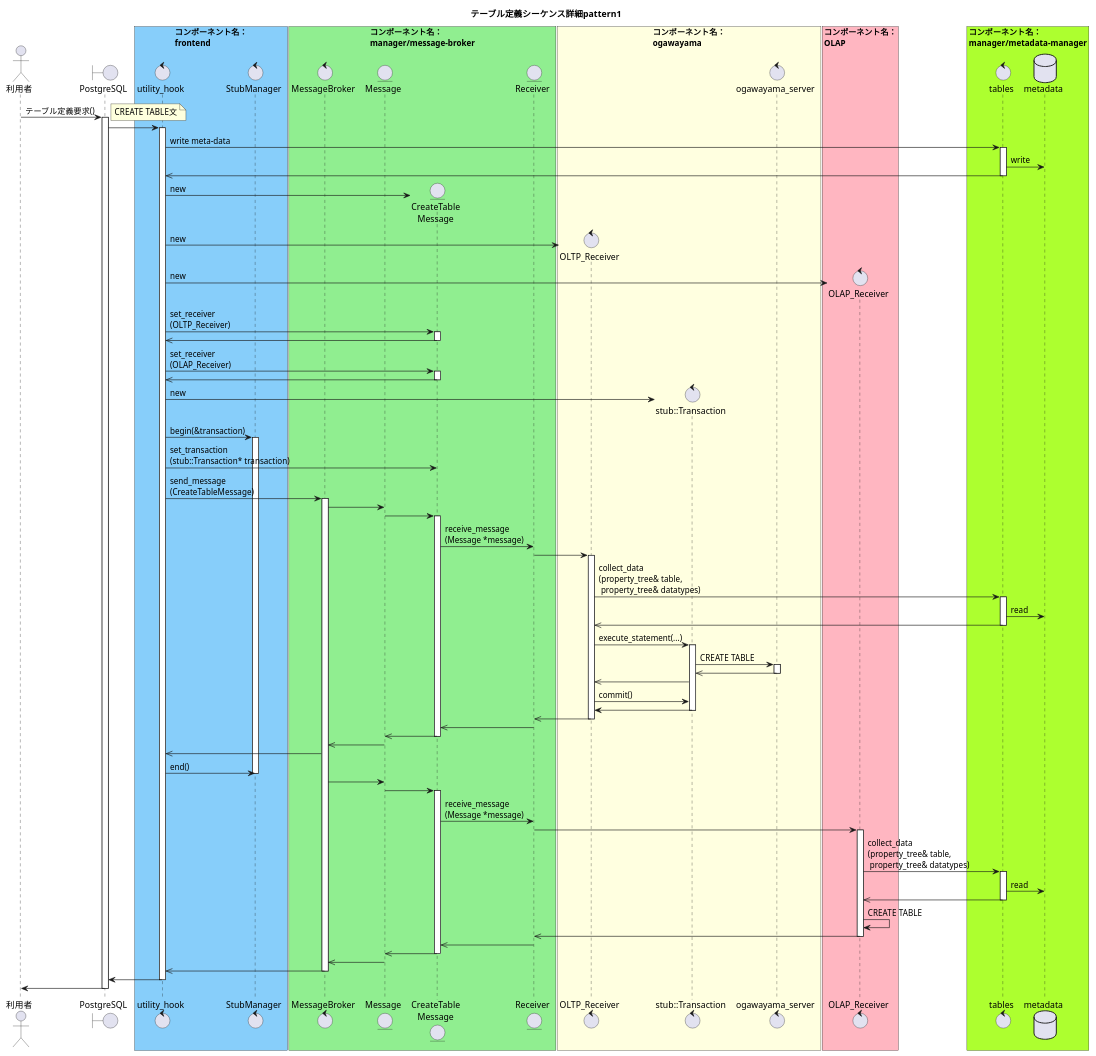
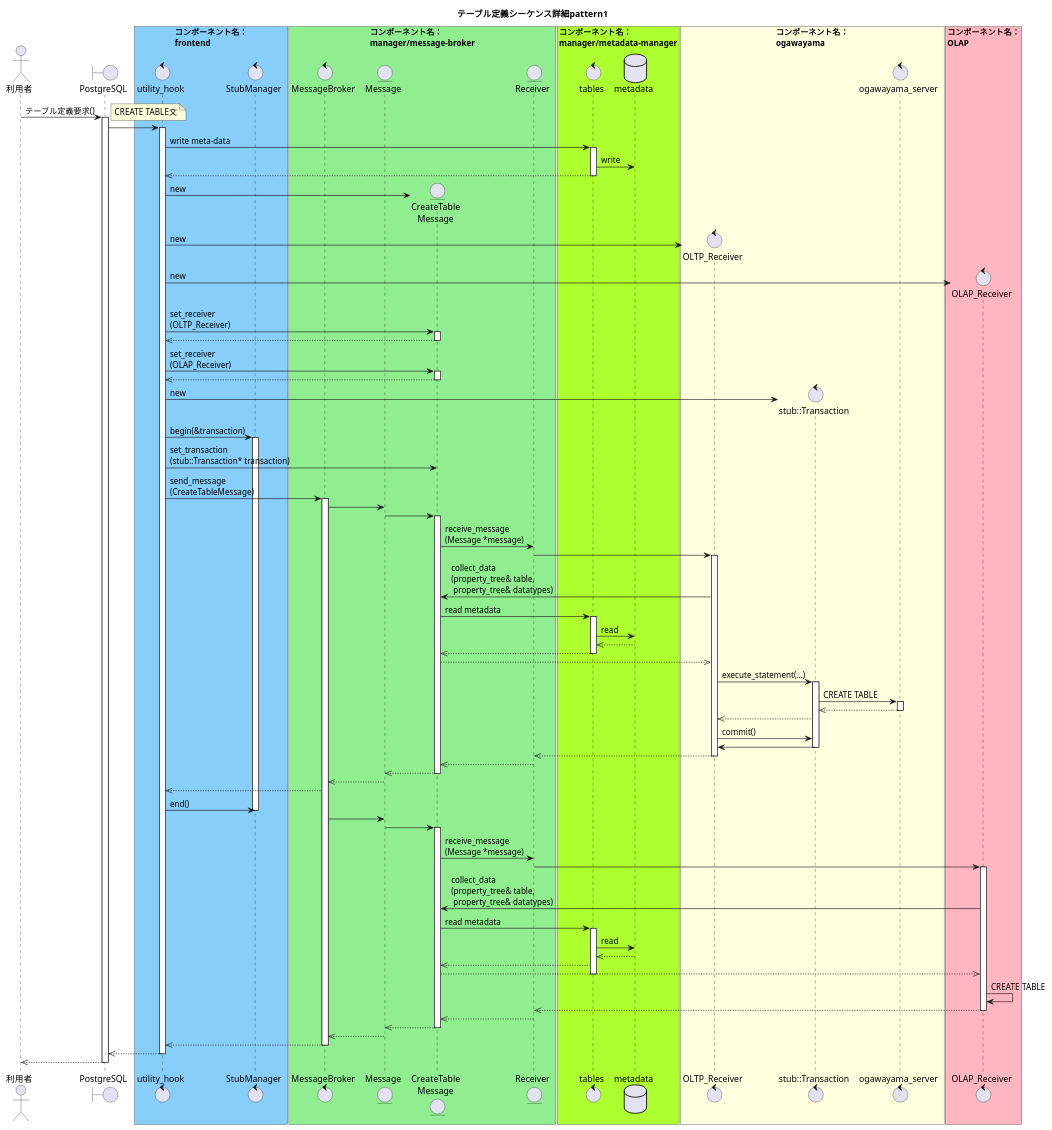
One commit to project-tsurugi/tsurugi_fdw changed the first of 2 diagrams in docs/design/img/CREATE_TABLE_detail.pu. Above: the diagram before and after it, drawn with PlantUML. The commit also changed other lines of this file and 3 other files, not shown here.

Commit message:
Fix some wrong sequence of sequence diagram

```diff
--- a/docs/design/img/CREATE_TABLE_detail.pu
+++ b/docs/design/img/CREATE_TABLE_detail.pu
@@ -5,135 +5,141 @@
 @startuml テーブル定義シーケンス詳細pattern1
 
 title テーブル定義シーケンス詳細pattern1
 
 actor 利用者
 boundary PostgreSQL
 
 box "コンポーネント名：\nfrontend" #LightSkyBlue
 control utility_hook
 control StubManager
 end box
 
 box "コンポーネント名：\nmanager/message-broker" #LightGreen
 control MessageBroker
 entity Message
 entity "CreateTable\nMessage" as concrete_message
 entity Receiver
 end box
 
+box "コンポーネント名：\nmanager/metadata-manager" #GreenYellow
+control tables
+database metadata
+end box
+
 box "コンポーネント名：\nogawayama" #LightYellow
 control "OLTP_Receiver" as oltp_receiver
 control "stub::Transaction" as tran
 control ogawayama_server
 end box
 
 box "コンポーネント名：\nOLAP" #LightPink
 control "OLAP_Receiver" as olap_receiver
-end box
-
-box "コンポーネント名：\nmanager/metadata-manager" #GreenYellow
-control tables
-database metadata
 end box
 
 利用者 -> PostgreSQL : テーブル定義要求()
 activate PostgreSQL
 note right
 CREATE TABLE文
 end note
 
 PostgreSQL -> utility_hook
 activate utility_hook
   ' write meta-data
   utility_hook -> tables : write meta-data
   activate tables
     tables -> metadata : write
-    utility_hook <<- tables
+    utility_hook <<-- tables
   deactivate tables
 
   ' create objects
   create concrete_message
   utility_hook -> concrete_message : new
   create oltp_receiver
   utility_hook -> oltp_receiver : new
   create olap_receiver
   utility_hook -> olap_receiver : new
 
   ' set receiver
   utility_hook -> concrete_message : set_receiver\n(OLTP_Receiver)
   activate concrete_message
-    utility_hook <<- concrete_message
+    utility_hook <<-- concrete_message
   deactivate concrete_message
   utility_hook -> concrete_message : set_receiver\n(OLAP_Receiver)
   activate concrete_message
-    utility_hook <<- concrete_message
+    utility_hook <<-- concrete_message
   deactivate concrete_message
 
   ' begin transaction
   create tran
   utility_hook -> tran : new
   utility_hook -> StubManager : begin(&transaction)
   activate StubManager
   utility_hook -> concrete_message : set_transaction\n(stub::Transaction* transaction)
 
   ' send message to MessageBroker
   utility_hook -> MessageBroker : send_message\n(CreateTableMessage)
   activate MessageBroker
 
   ' execute command
   MessageBroker -> Message
   Message -> concrete_message
   activate concrete_message
     concrete_message -> Receiver : receive_message\n(Message *message)
     Receiver -> oltp_receiver
     activate oltp_receiver
-      oltp_receiver -> tables : collect_data\n(property_tree& table,\n property_tree& datatypes)
+      oltp_receiver -> concrete_message : collect_data\n(property_tree& table,\n property_tree& datatypes)
+      concrete_message -> tables : read metadata
       activate tables
         tables -> metadata : read
-        oltp_receiver <<-tables
+        tables <<-- metadata
+        concrete_message <<-- tables
       deactivate tables
+      oltp_receiver <<-- concrete_message
       oltp_receiver -> tran : execute_statement(...)
       activate tran
         tran -> ogawayama_server : CREATE TABLE
           activate ogawayama_server
-            tran <<- ogawayama_server
+            tran <<-- ogawayama_server
           deactivate ogawayama_server
-        oltp_receiver <<- tran
+        oltp_receiver <<-- tran
         oltp_receiver -> tran : commit()
         tran -> oltp_receiver
       deactivate tran
-    Receiver <<- oltp_receiver
+    Receiver <<-- oltp_receiver
     deactivate oltp_receiver
-    concrete_message <<- Receiver
-  Message <<- concrete_message
+    concrete_message <<-- Receiver
+  Message <<-- concrete_message
   deactivate concrete_message
-  MessageBroker <<- Message
-  utility_hook <<- MessageBroker
+  MessageBroker <<-- Message
+  utility_hook <<-- MessageBroker
   utility_hook -> StubManager : end()
   deactivate StubManager
   MessageBroker -> Message
   Message -> concrete_message
   activate concrete_message
     concrete_message -> Receiver : receive_message\n(Message *message)
     Receiver -> olap_receiver
     activate olap_receiver
-      olap_receiver -> tables : collect_data\n(property_tree& table,\n property_tree& datatypes)
+      olap_receiver -> concrete_message : collect_data\n(property_tree& table,\n property_tree& datatypes)
+      concrete_message -> tables : read metadata
       activate tables
         tables -> metadata : read
-        olap_receiver <<-tables
+        tables <<-- metadata
+        concrete_message <<-- tables
+        olap_receiver <<-- concrete_message
       deactivate tables
       olap_receiver -> olap_receiver : CREATE TABLE
-      Receiver <<- olap_receiver
+      Receiver <<-- olap_receiver
       deactivate olap_receiver
-      concrete_message <<- Receiver
-  Message <<- concrete_message
+      concrete_message <<-- Receiver
+  Message <<-- concrete_message
   deactivate concrete_message
-  MessageBroker <<- Message
-  utility_hook <<- MessageBroker
+  MessageBroker <<-- Message
+  utility_hook <<-- MessageBroker
   deactivate MessageBroker
-utility_hook -> PostgreSQL
+PostgreSQL <<-- utility_hook
 deactivate utility_hook
-PostgreSQL -> 利用者
+利用者 <<-- PostgreSQL
 deactivate PostgreSQL
 
 @enduml
```
